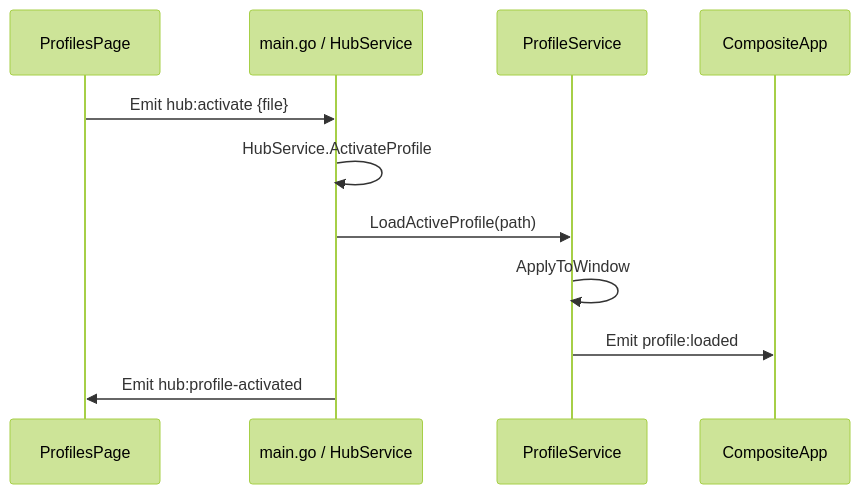
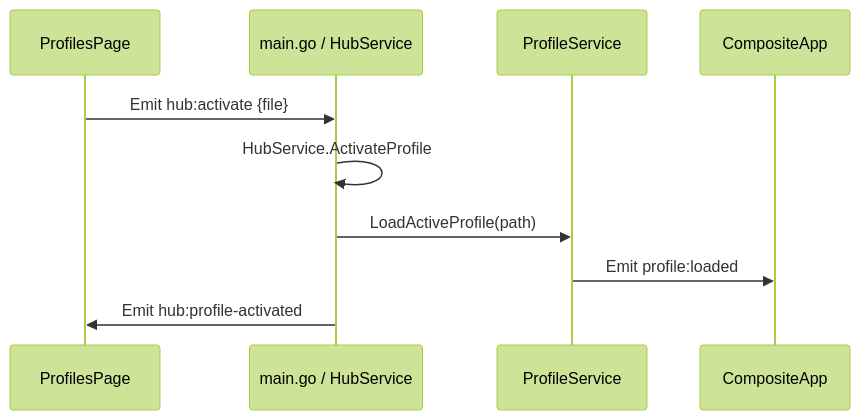
Before and after one commit to isaacalbala12/Vantare-Overlays: the diagram in docs/proyecto/09-EVENTOS-IPC.md, drawn with Mermaid (forest theme). The commit also changed other lines of this file and 129 other files, not shown here.

````diff
--- a/docs/proyecto/09-EVENTOS-IPC.md
+++ b/docs/proyecto/09-EVENTOS-IPC.md
@@ -85,14 +88,13 @@
 ```mermaid
 sequenceDiagram
   participant Hub as ProfilesPage
   participant Go as main.go / HubService
   participant PS as ProfileService
   participant OL as CompositeApp
 
   Hub->>Go: Emit hub:activate {file}
   Go->>Go: HubService.ActivateProfile
   Go->>PS: LoadActiveProfile(path)
-  PS->>PS: ApplyToWindow
   PS->>OL: Emit profile:loaded
   Go->>Hub: Emit hub:profile-activated
 ```
````
